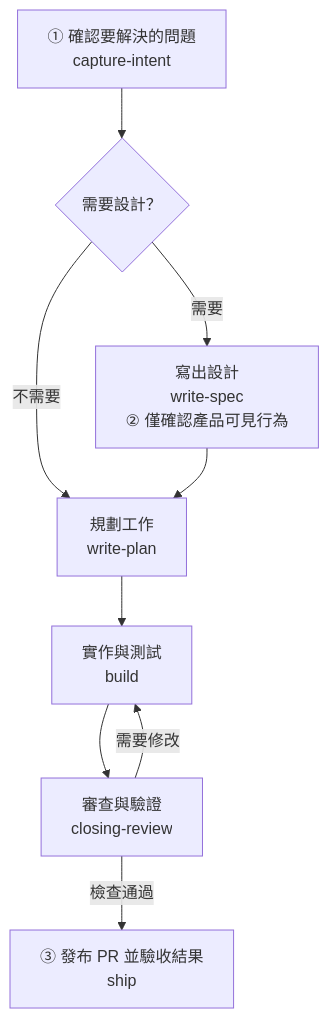
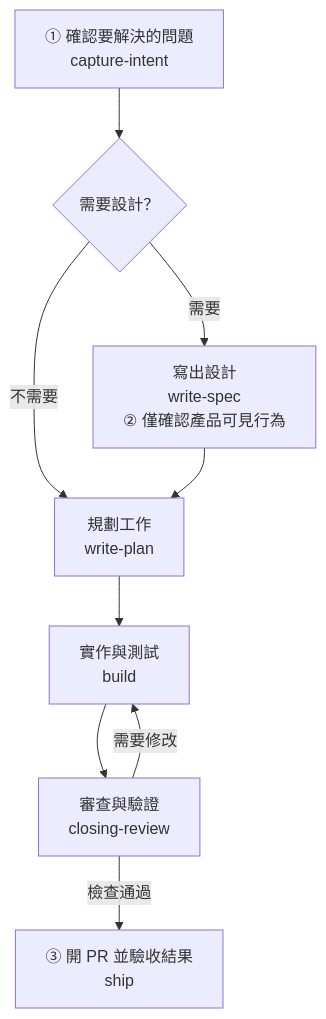
Before and after one commit to kouko/loom-plugins: the diagram in loom-code/README.zh-TW.md, drawn with Mermaid. The commit also changed other lines of this file and 55 other files, not shown here.

````diff
--- a/loom-code/README.zh-TW.md
+++ b/loom-code/README.zh-TW.md
@@ -21,19 +21,19 @@
 ```mermaid
 flowchart TD
     intent["① 確認要解決的問題<br/>capture-intent"]
     design{"需要設計？"}
     spec["寫出設計<br/>write-spec<br/>② 僅確認產品可見行為"]
     plan["規劃工作<br/>write-plan"]
     build["實作與測試<br/>build"]
     review["審查與驗證<br/>closing-review"]
-    ship["③ 發布 PR 並驗收結果<br/>ship"]
+    ship["③ 開 PR 並驗收結果<br/>ship"]
 
     intent --> design
     design -->|"需要"| spec
     design -->|"不需要"| plan
     spec --> plan
     plan --> build
     build --> review
     review -->|"需要修改"| build
     review -->|"檢查通過"| ship
 ```
````
